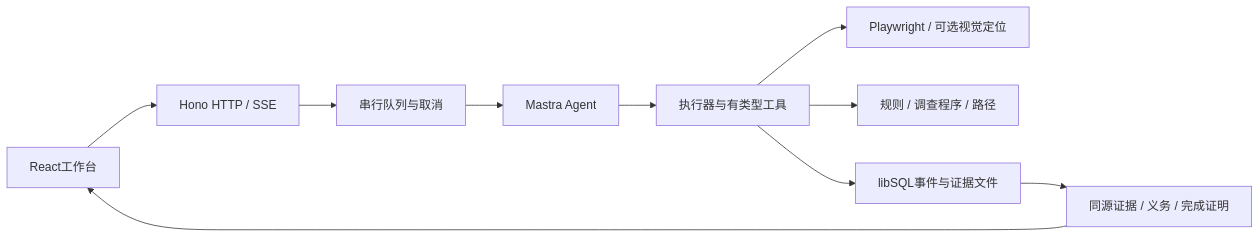
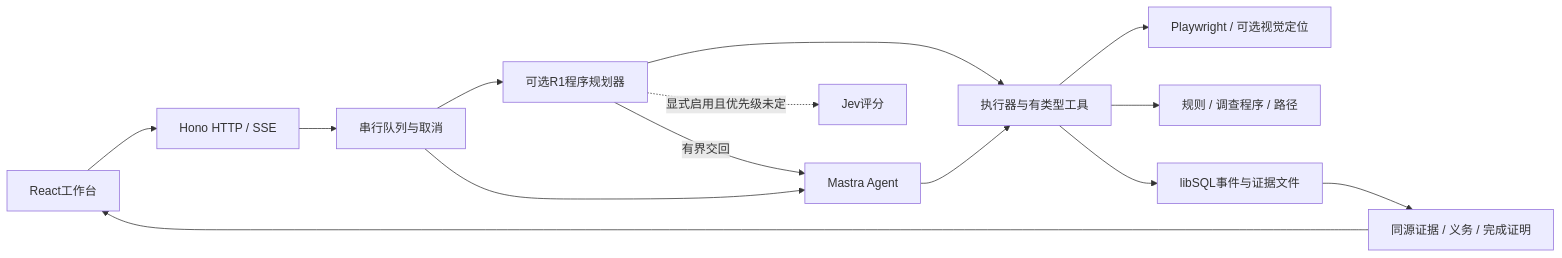
The diagram in docs/architecture.md (FailLone/ui-sentinel), drawn with Mermaid before and after one commit. The commit also changed other lines of this file and 6 other files, not shown here.

````diff
--- a/docs/architecture.md
+++ b/docs/architecture.md
@@ -7,12 +7,16 @@
 ```mermaid
 flowchart LR
   UI[React工作台] --> API[Hono HTTP / SSE]
   API --> Queue[串行队列与取消]
-  Queue --> Agent[Mastra Agent]
+  Queue --> Planner[可选R1程序规划器]
+  Planner --> Tools
+  Planner -->|有界交回| Agent[Mastra Agent]
+  Queue --> Agent
+  Planner -. 显式启用且优先级未定 .-> Jev[Jev评分]
   Agent --> Tools[执行器与有类型工具]
   Tools --> Browser[Playwright / 可选视觉定位]
   Tools --> Rules[规则 / 调查程序 / 路径]
   Tools --> Store[libSQL事件与证据文件]
   Store --> Report[同源证据 / 义务 / 完成证明]
   Report --> UI
 ```
````
